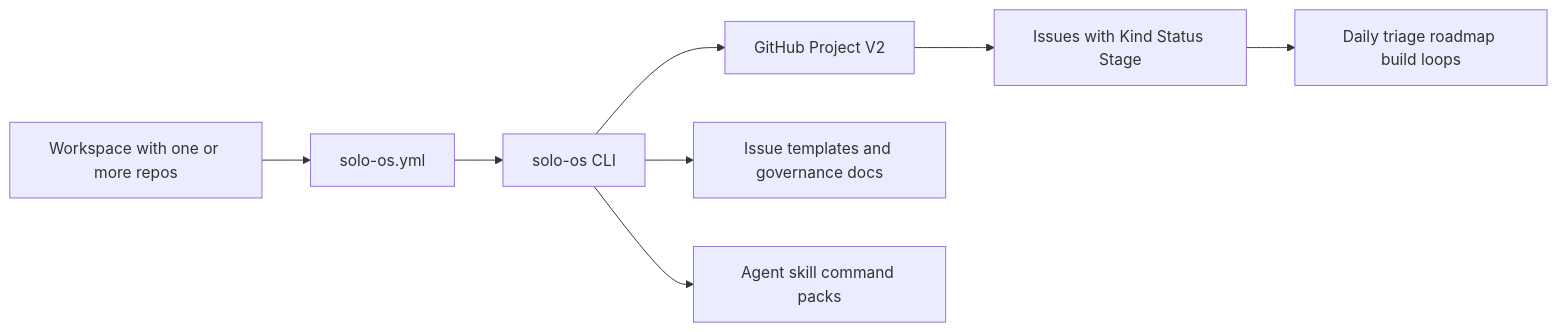
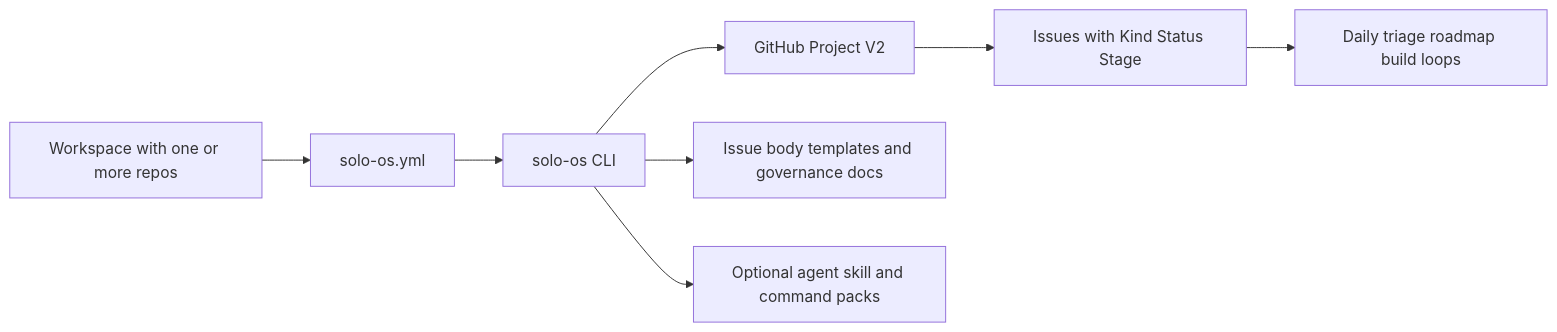
The diagram in README.md (ScoopedOutStudios/solo-os), drawn with Mermaid before and after one commit. The commit also changed other lines of this file and 22 other files, not shown here.

````diff
--- a/README.md
+++ b/README.md
@@ -16,10 +28,10 @@
 ```mermaid
 flowchart LR
     A[Workspace with one or more repos] --> B[solo-os.yml]
     B --> C[solo-os CLI]
     C --> D[GitHub Project V2]
     D --> E[Issues with Kind Status Stage]
-    C --> F[Issue templates and governance docs]
-    C --> G[Agent skill command packs]
+    C --> F[Issue body templates and governance docs]
+    C --> G[Optional agent skill and command packs]
     E --> H[Daily triage roadmap build loops]
 ```
````
